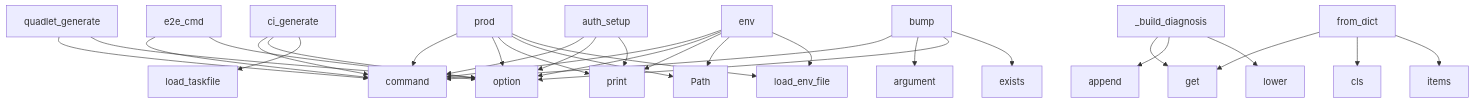
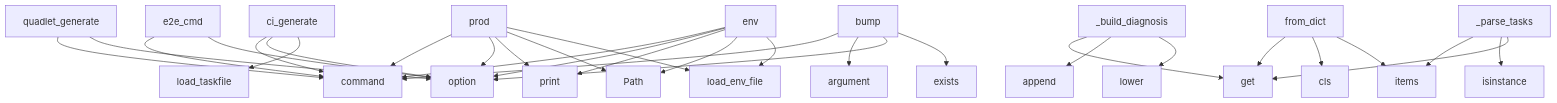
One commit to pyfunc/taskfile changed the diagram in project/context.md. Above: the diagram before and after it, drawn with Mermaid. The commit also changed other lines of this file and 23 other files, not shown here.

````diff
--- a/project/context.md
+++ b/project/context.md
@@ -745,33 +746,33 @@
 ```mermaid
 graph TD
     prod --> command
     prod --> option
     prod --> print
     prod --> Path
     prod --> load_env_file
     ci_generate --> command
     ci_generate --> option
     ci_generate --> load_taskfile
     _build_diagnosis --> get
     _build_diagnosis --> append
     _build_diagnosis --> lower
     quadlet_generate --> command
     quadlet_generate --> option
     from_dict --> get
     from_dict --> cls
     from_dict --> items
     env --> command
     env --> option
     env --> print
     env --> Path
     env --> load_env_file
     bump --> command
     bump --> argument
     bump --> option
     bump --> exists
     e2e_cmd --> command
     e2e_cmd --> option
-    auth_setup --> command
-    auth_setup --> option
-    auth_setup --> print
+    _parse_tasks --> items
+    _parse_tasks --> isinstance
+    _parse_tasks --> get
 ```
````
